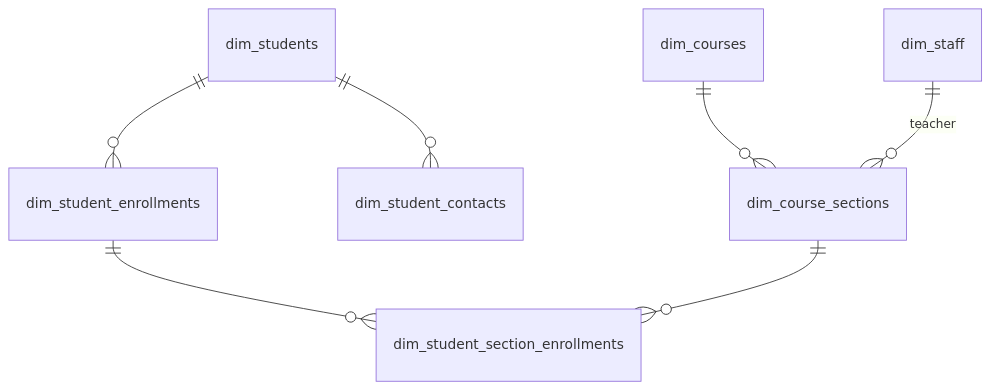
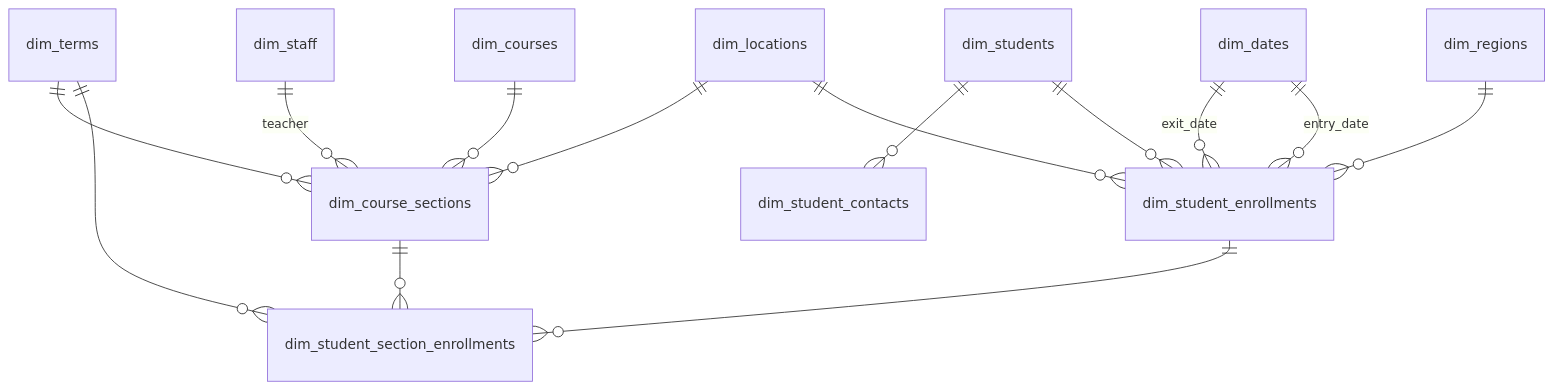
One commit to TEAMSchools/teamster changed the first of 10 diagrams in docs/superpowers/specs/2026-03-27-star-schema-data-mart-design.md. Above: the diagram before and after it, drawn with Mermaid. The commit also changed other lines of this file, not shown here.

First line of the commit message:
docs: incorporate star-schema mart spec feedback on A+X traversal

````diff
--- a/docs/superpowers/specs/2026-03-27-star-schema-data-mart-design.md
+++ b/docs/superpowers/specs/2026-03-27-star-schema-data-mart-design.md
@@ -476,9 +556,16 @@
 ```mermaid
 erDiagram
     dim_students ||--o{ dim_student_enrollments : ""
     dim_students ||--o{ dim_student_contacts : ""
     dim_student_enrollments ||--o{ dim_student_section_enrollments : ""
     dim_courses ||--o{ dim_course_sections : ""
     dim_course_sections ||--o{ dim_student_section_enrollments : ""
     dim_staff ||--o{ dim_course_sections : "teacher"
+    dim_locations ||--o{ dim_student_enrollments : ""
+    dim_regions ||--o{ dim_student_enrollments : ""
+    dim_dates ||--o{ dim_student_enrollments : "entry_date"
+    dim_dates ||--o{ dim_student_enrollments : "exit_date"
+    dim_terms ||--o{ dim_student_section_enrollments : ""
+    dim_terms ||--o{ dim_course_sections : ""
+    dim_locations ||--o{ dim_course_sections : ""
 ```
````
